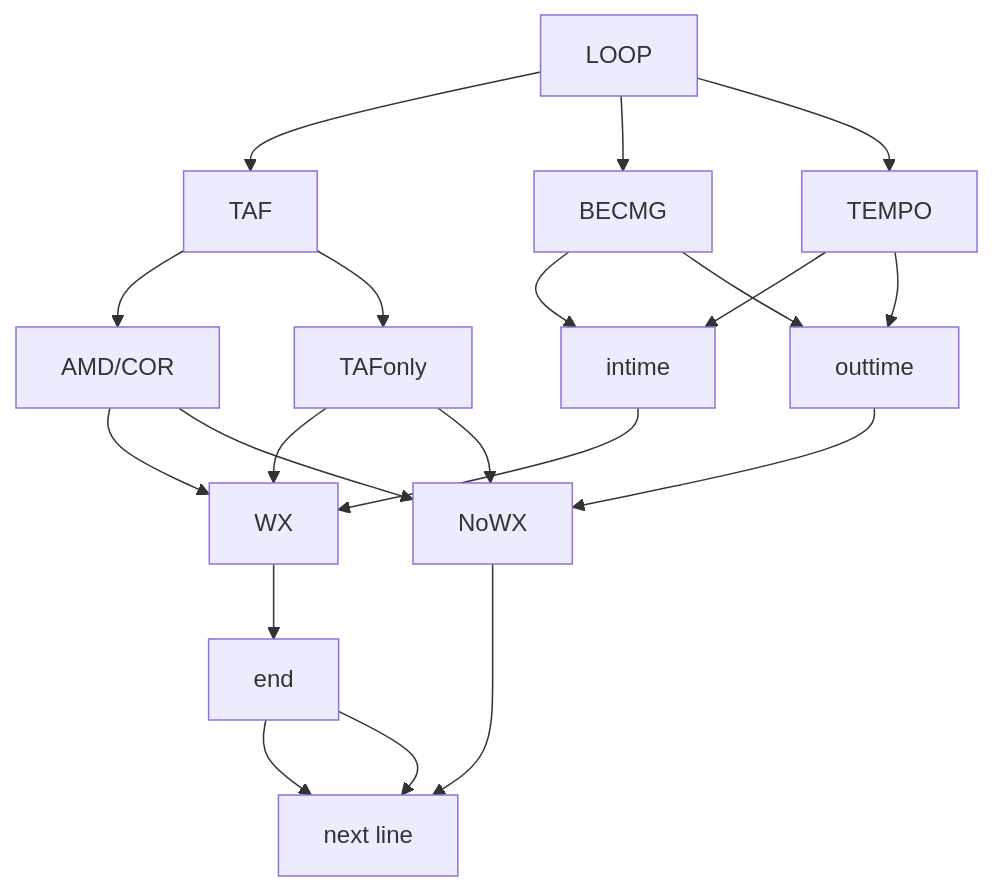
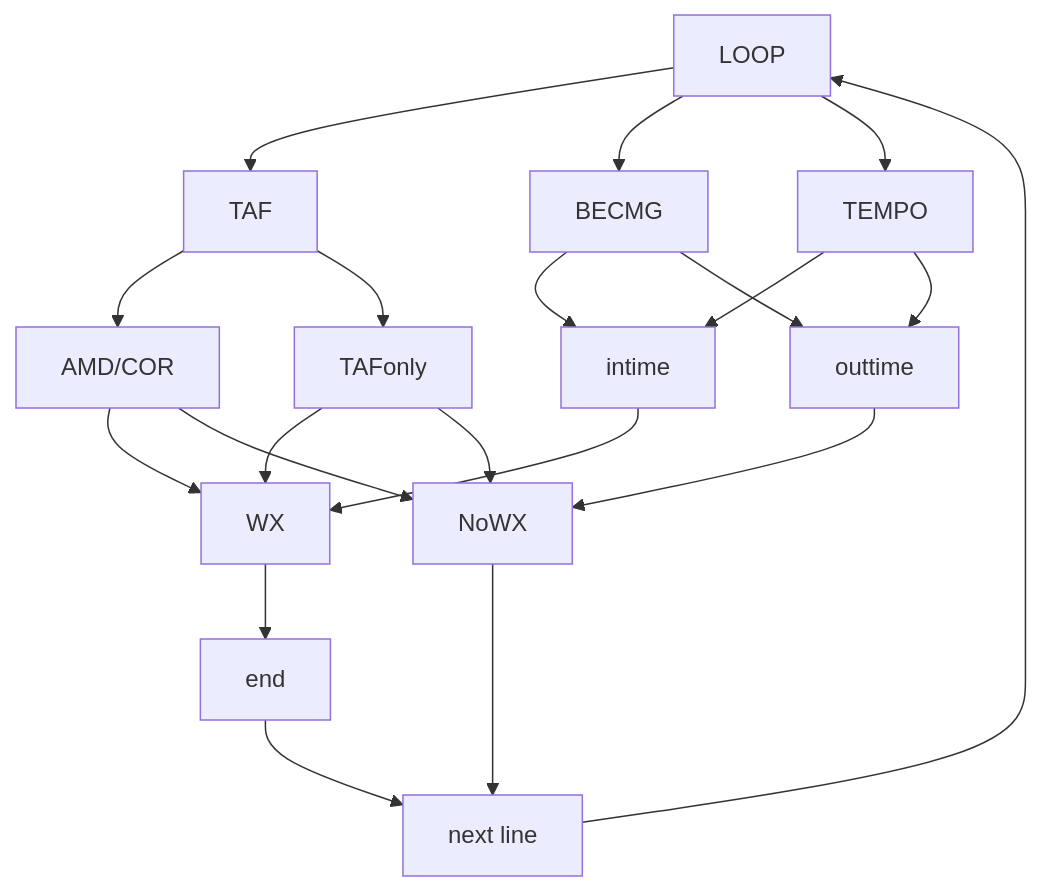
The second of 2 diagrams in README.md (PeterPan5277/Auto_analysis_crawler), drawn with Mermaid before and after one commit.

````diff
--- a/README.md
+++ b/README.md
@@ -28,22 +28,22 @@
 ```mermaid
 graph TD
 id1[LOOP]-->id2[TAF]
 id1[LOOP]-->id3[BECMG]
 id1[LOOP]-->id4[TEMPO]
 id2-->id5[AMD/COR]
 id2-->id6[TAFonly]
 id5-->id7[WX]
 id5-->id8[NoWX]
 id7-->id9[end]
 id9-->id10
 id8-->id10[next line]
 id6-->id7
 id6-->id8
 id3-->id11[intime]
 id3-->id12[outtime]
 id11-->id7
 id12-->id8
 id4-->id11
 id4-->id12
-id9-->id10
+id10-->id1
 ```
````
